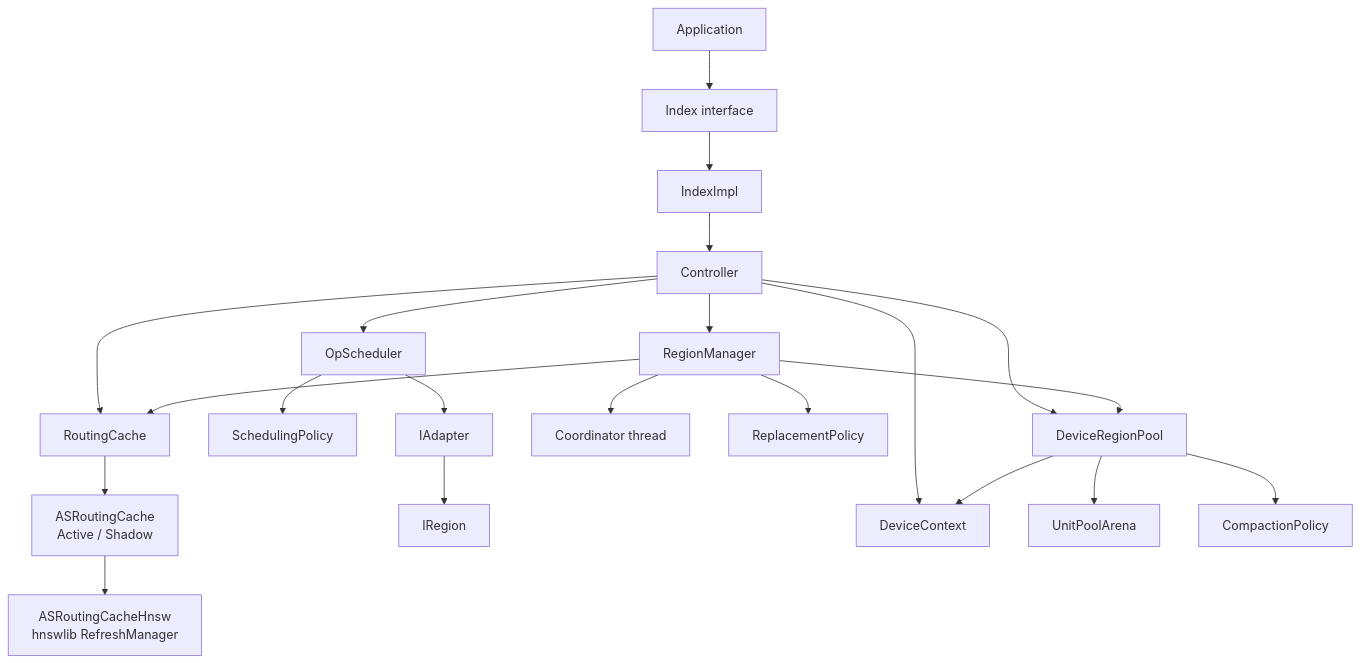
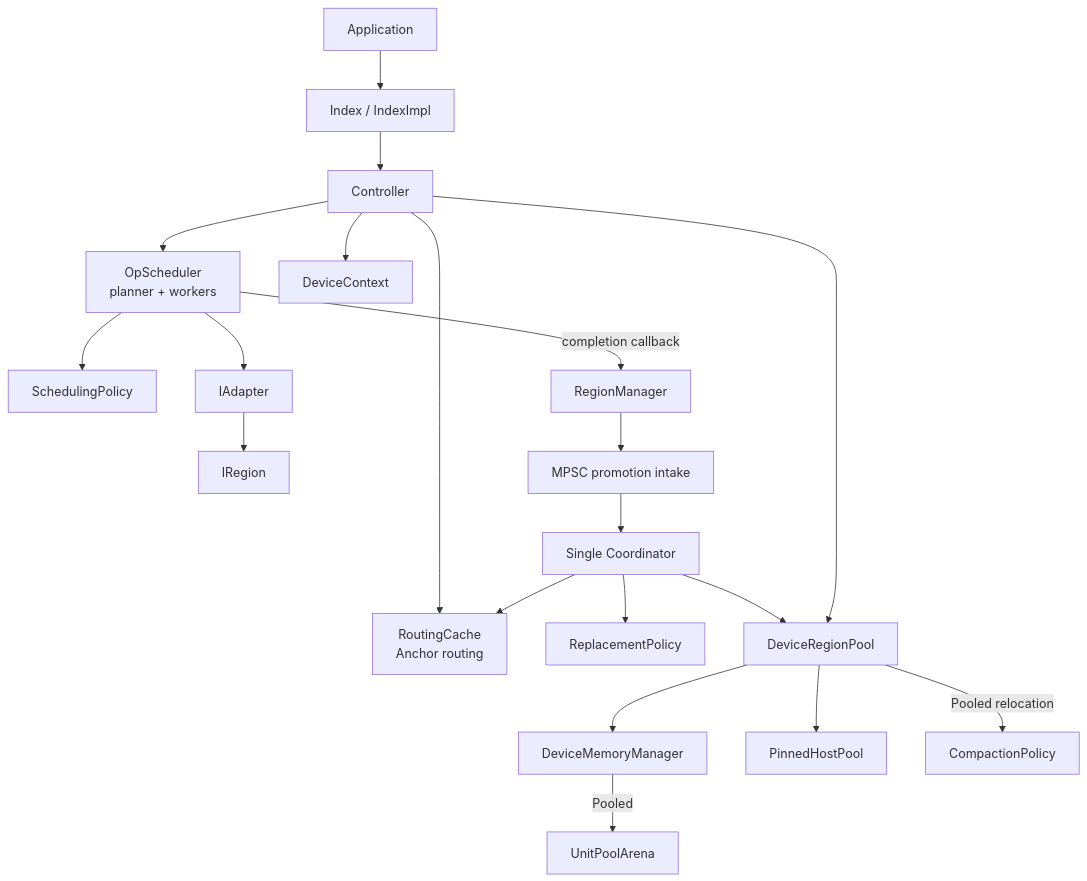
One commit to sjoon-oh/arachne-impl changed the first of 13 diagrams in cpp/doc/code-documentation-v3.md. Above: the diagram before and after it, drawn with Mermaid. The commit also changed other lines of this file and 29 other files, not shown here.

````diff
--- a/cpp/doc/code-documentation-v3.md
+++ b/cpp/doc/code-documentation-v3.md
@@ -64,41 +43,44 @@
 ```mermaid
 flowchart TB
     APP[Application]
-    API[Index interface]
-    IMPL[IndexImpl]
+    API[Index / IndexImpl]
     CTRL[Controller]
 
-    RC[RoutingCache]
-    AS[ASRoutingCache<br/>Active / Shadow]
-    HNSW[ASRoutingCacheHnsw<br/>hnswlib RefreshManager]
-
-    SCH[OpScheduler]
+    RC[RoutingCache<br/>Anchor routing]
+    SCH[OpScheduler<br/>planner + workers]
     SP[SchedulingPolicy]
     AD[IAdapter]
     IR[IRegion]
 
     RM[RegionManager]
-    CO[Coordinator thread]
+    CQ[MPSC promotion intake]
+    CO[Single Coordinator]
     RP[ReplacementPolicy]
 
     DC[DeviceContext]
-    DRP[DeviceRegionPool]
+    DP[DeviceRegionPool]
+    MM[DeviceMemoryManager]
+    PH[PinnedHostPool]
     UA[UnitPoolArena]
     CP[CompactionPolicy]
 
-    APP --> API --> IMPL --> CTRL
-    CTRL --> RC --> AS --> HNSW
-    CTRL --> SCH --> SP
-    SCH --> AD --> IR
+    APP --> API --> CTRL
+    CTRL --> RC
+    CTRL --> SCH
+    SCH --> SP
+    SCH --> AD
+    AD --> IR
 
-    CTRL --> RM --> CO
-    RM --> RP
-    RM --> RC
+    SCH -->|completion callback| RM
+    RM --> CQ --> CO
+    CO --> RP
+    CO --> RC
+    CO --> DP
 
     CTRL --> DC
-    CTRL --> DRP
-    RM --> DRP
-    DRP --> DC
-    DRP --> UA
-    DRP --> CP
+    CTRL --> DP
+    DP --> MM
+    DP --> PH
+    MM -->|Pooled| UA
+    DP -->|Pooled relocation| CP
 ```
````
